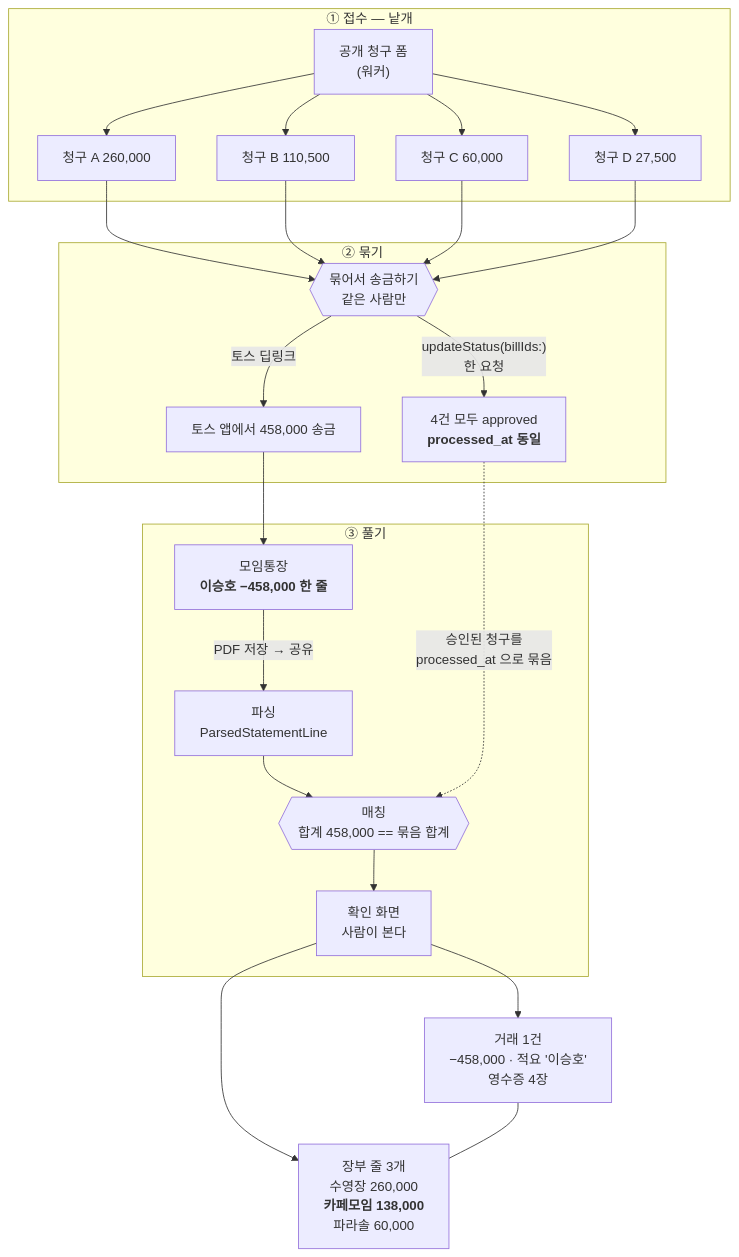
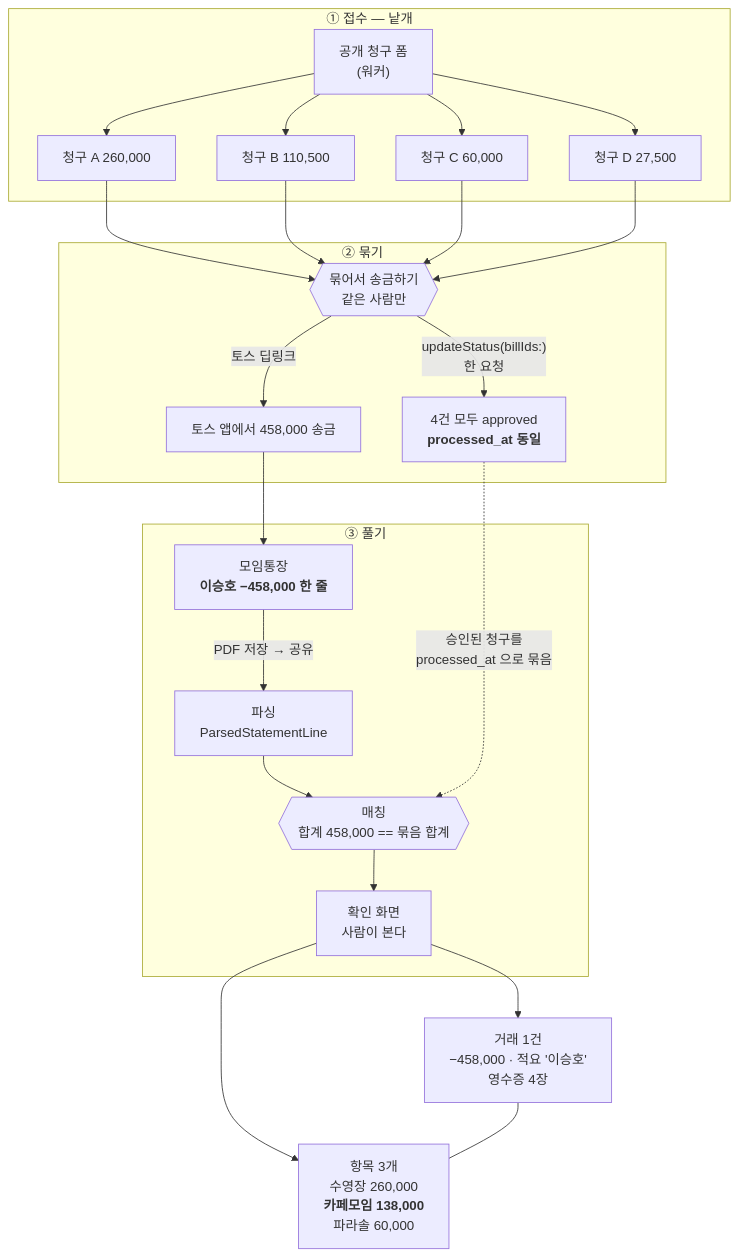
The diagram in ARCHITECTURE.md (Ciracino88/nanuri-ios-app), drawn with Mermaid before and after one commit. The commit also changed other lines of this file and 6 other files, not shown here.

````diff
--- a/ARCHITECTURE.md
+++ b/ARCHITECTURE.md
@@ -245,30 +245,30 @@
 ```mermaid
 flowchart TD
     subgraph 접수["① 접수 — 낱개"]
         F["공개 청구 폼<br/>(워커)"] --> B1["청구 A 260,000"]
         F --> B2["청구 B 110,500"]
         F --> B3["청구 C 60,000"]
         F --> B4["청구 D 27,500"]
     end
 
     B1 & B2 & B3 & B4 --> S{{"묶어서 송금하기<br/>같은 사람만"}}
 
     subgraph 송금["② 묶기"]
         S -->|"토스 딥링크"| T["토스 앱에서 458,000 송금"]
         S -->|"updateStatus(billIds:)<br/>한 요청"| M["4건 모두 approved<br/><b>processed_at 동일</b>"]
     end
 
     T --> BANK["모임통장<br/><b>이승호 −458,000 한 줄</b>"]
 
     subgraph 되읽기["③ 풀기"]
         BANK -->|"PDF 저장 → 공유"| PARSE["파싱<br/>ParsedStatementLine"]
         PARSE --> MATCH{{"매칭<br/>합계 458,000 == 묶음 합계"}}
         M -.->|"승인된 청구를<br/>processed_at 으로 묶음"| MATCH
         MATCH --> CHECK["확인 화면<br/>사람이 본다"]
     end
 
     CHECK --> TX["거래 1건<br/>−458,000 · 적요 '이승호'<br/>영수증 4장"]
-    CHECK --> SP["장부 줄 3개<br/>수영장 260,000<br/><b>카페모임 138,000</b><br/>파라솔 60,000"]
+    CHECK --> SP["항목 3개<br/>수영장 260,000<br/><b>카페모임 138,000</b><br/>파라솔 60,000"]
 
     TX --- SP
 ```
````
